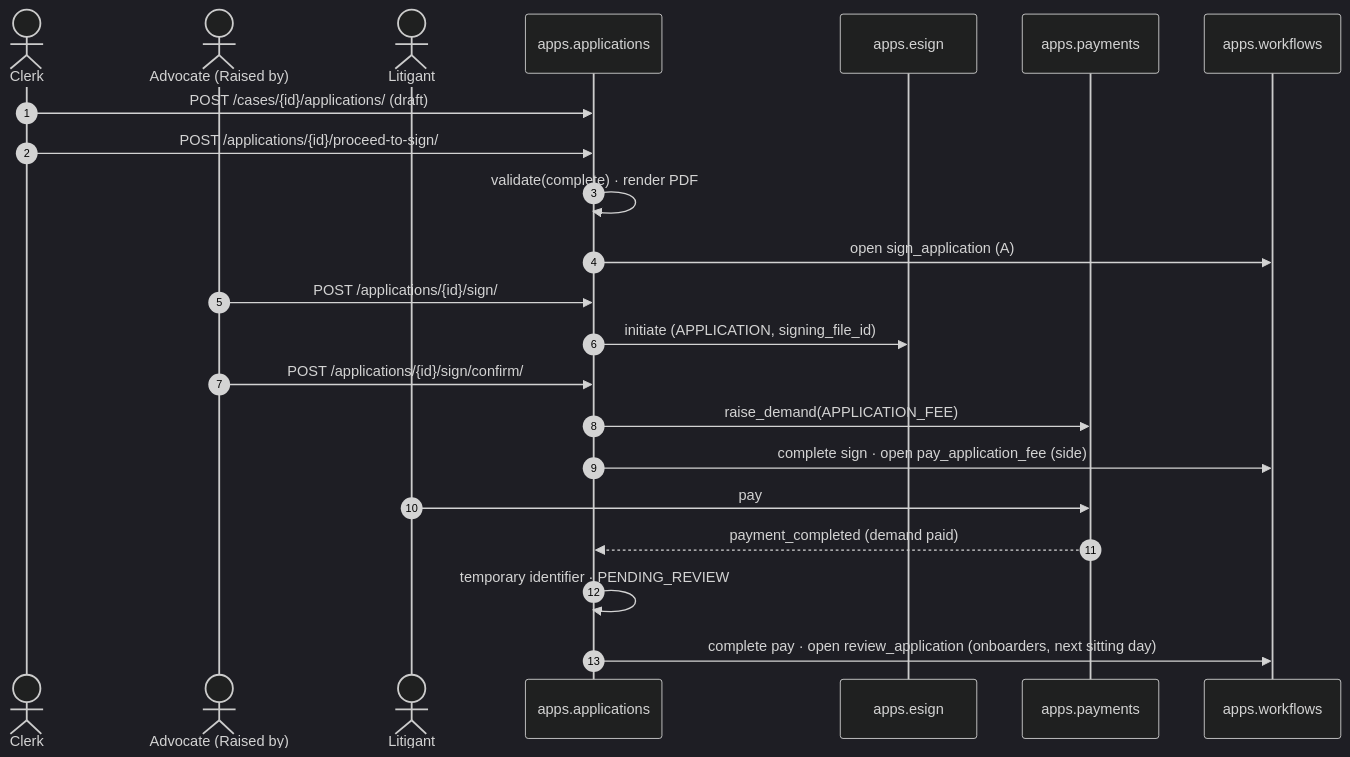
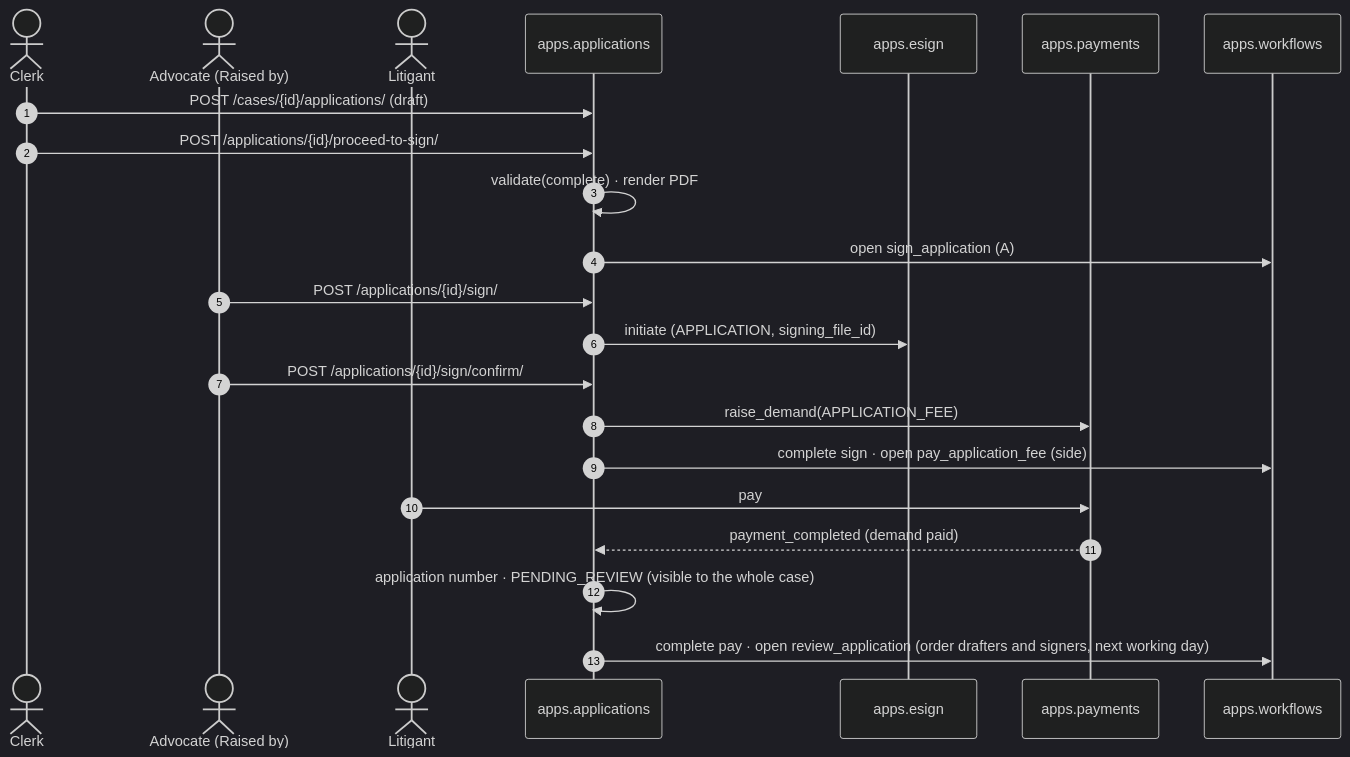
The third of 4 diagrams in spec/0033-applications.md (pucardotorg/dristi-be), drawn with Mermaid (dark theme) before and after one commit. The commit also changed other lines of this file, not shown here.

````diff
--- a/spec/0033-applications.md
+++ b/spec/0033-applications.md
@@ -1618,24 +1700,24 @@
 ```mermaid
 sequenceDiagram
     autonumber
     actor C as Clerk
     actor A as Advocate (Raised by)
     actor L as Litigant
     participant AP as apps.applications
     participant ES as apps.esign
     participant PY as apps.payments
     participant WF as apps.workflows
     C->>AP: POST /cases/{id}/applications/ (draft)
     C->>AP: POST /applications/{id}/proceed-to-sign/
     AP->>AP: validate(complete) · render PDF
     AP->>WF: open sign_application (A)
     A->>AP: POST /applications/{id}/sign/
     AP->>ES: initiate (APPLICATION, signing_file_id)
     A->>AP: POST /applications/{id}/sign/confirm/
     AP->>PY: raise_demand(APPLICATION_FEE)
     AP->>WF: complete sign · open pay_application_fee (side)
     L->>PY: pay
     PY-->>AP: payment_completed (demand paid)
-    AP->>AP: temporary identifier · PENDING_REVIEW
-    AP->>WF: complete pay · open review_application (onboarders, next sitting day)
+    AP->>AP: application number · PENDING_REVIEW (visible to the whole case)
+    AP->>WF: complete pay · open review_application (order drafters and signers, next working day)
 ```
````
